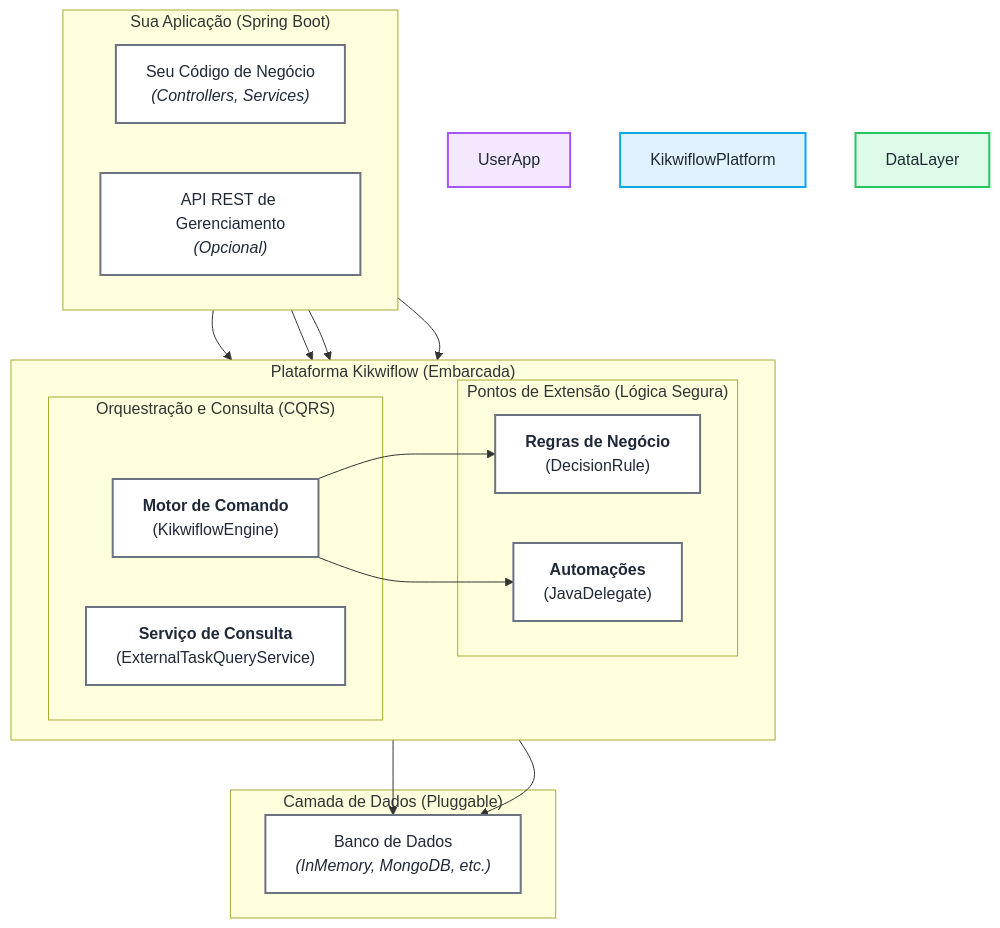
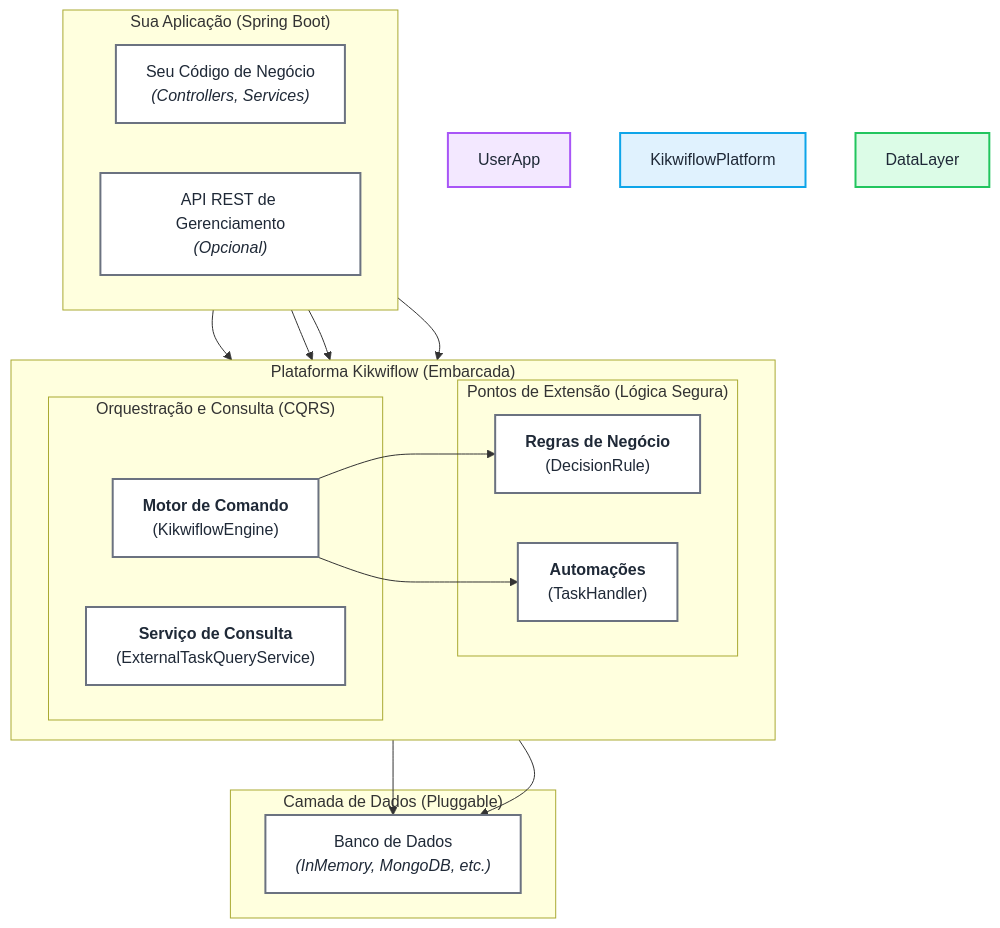
Before and after one commit to atoxfy/kikwiflow: the diagram in docs/arch.mmd, drawn with Mermaid. The commit also changed 81 other files, not shown here.

```diff
--- a/docs/arch.mmd
+++ b/docs/arch.mmd
@@ -1,42 +1,42 @@
 graph TD
     subgraph "Sua Aplicação (Spring Boot)"
         direction LR
         style UserApp fill:#f3e8ff,stroke:#a855f7,stroke-width:2px
         UserCode["Seu Código de Negócio<br><i>(Controllers, Services)</i>"]
         KikwiRestApi["API REST de Gerenciamento<br><i>(Opcional)</i>"]
     end
 
     subgraph "Plataforma Kikwiflow (Embarcada)"
         direction LR
         style KikwiflowPlatform fill:#e0f2fe,stroke:#0ea5e9,stroke-width:2px
 
         subgraph "Orquestração e Consulta (CQRS)"
             CommandEngine["<b>Motor de Comando</b><br>(KikwiflowEngine)"]
             QueryService["<b>Serviço de Consulta</b><br>(ExternalTaskQueryService)"]
         end
 
         subgraph "Pontos de Extensão (Lógica Segura)"
             Rules["<b>Regras de Negócio</b><br>(DecisionRule)"]
-            Delegates["<b>Automações</b><br>(JavaDelegate)"]
+            Delegates["<b>Automações</b><br>(TaskHandler)"]
         end
     end
 
     subgraph "Camada de Dados (Pluggable)"
         style DataLayer fill:#dcfce7,stroke:#22c55e,stroke-width:2px
         Persistence["Banco de Dados<br><i>(InMemory, MongoDB, etc.)</i>"]
     end
 
 %% Conexões
     UserCode --> CommandEngine
     UserCode --> QueryService
     KikwiRestApi --> CommandEngine
     KikwiRestApi --> QueryService
 
     CommandEngine --> Rules
     CommandEngine --> Delegates
     CommandEngine --> Persistence
 
     QueryService --> Persistence
 
     classDef default fill:#fff,stroke:#6b7280,stroke-width:2px,color:#1f2937
     class UserApp,KikwiflowPlatform,DataLayer fill:#fff,stroke:#fff
```
